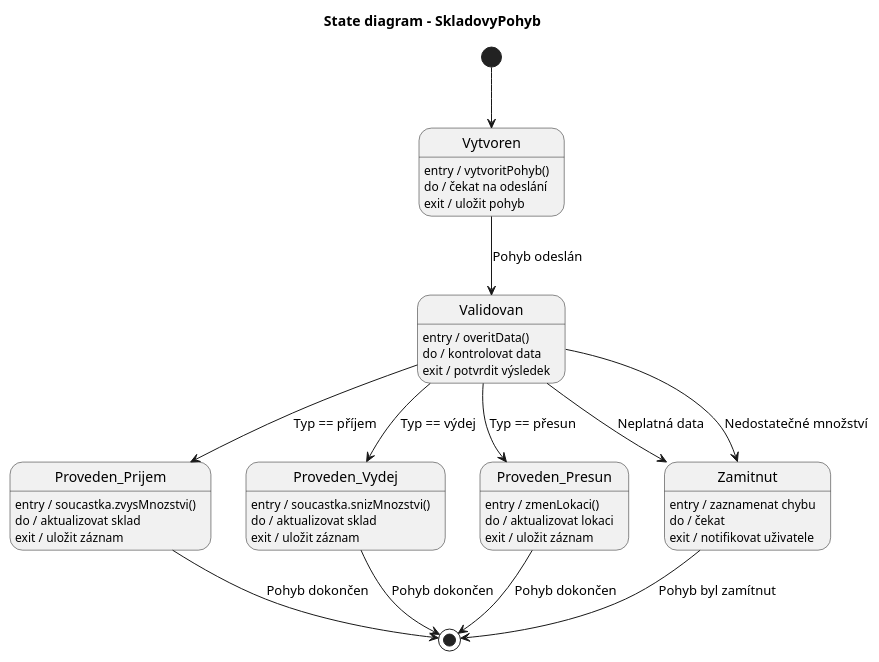
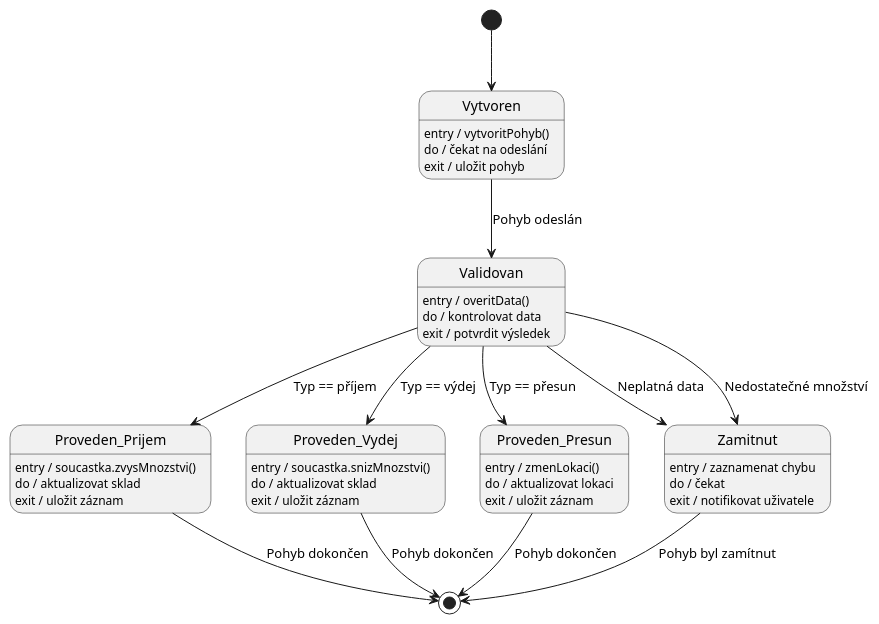
The diagram in diagrams/09_state_pohyb_skladu.puml (lkvapil/wms-elektronicke-soucastky), drawn with PlantUML before and after one commit. The commit also changed 4 other files, not shown here.

Commit message:
Stavové diagramy – odstraněny nadpisy z obrázků

```diff
--- a/diagrams/09_state_pohyb_skladu.puml
+++ b/diagrams/09_state_pohyb_skladu.puml
@@ -1,42 +1,41 @@
 @startuml
 top to bottom direction
-title State diagram - SkladovyPohyb
 
 [*] --> Vytvoren
 
 Vytvoren : entry / vytvoritPohyb()
 Vytvoren : do / čekat na odeslání
 Vytvoren : exit / uložit pohyb
 Vytvoren --> Validovan : Pohyb odeslán
 
 Validovan : entry / overitData()
 Validovan : do / kontrolovat data
 Validovan : exit / potvrdit výsledek
 Validovan --> Proveden_Prijem : Typ == příjem
 Validovan --> Proveden_Vydej : Typ == výdej
 Validovan --> Proveden_Presun : Typ == přesun
 Validovan --> Zamitnut : Neplatná data
 Validovan --> Zamitnut : Nedostatečné množství
 
 Zamitnut : entry / zaznamenat chybu
 Zamitnut : do / čekat
 Zamitnut : exit / notifikovat uživatele
 
 Proveden_Prijem : entry / soucastka.zvysMnozstvi()
 Proveden_Prijem : do / aktualizovat sklad
 Proveden_Prijem : exit / uložit záznam
 
 Proveden_Vydej : entry / soucastka.snizMnozstvi()
 Proveden_Vydej : do / aktualizovat sklad
 Proveden_Vydej : exit / uložit záznam
 
 Proveden_Presun : entry / zmenLokaci()
 Proveden_Presun : do / aktualizovat lokaci
 Proveden_Presun : exit / uložit záznam
 
 Proveden_Prijem --> [*] : Pohyb dokončen
 Proveden_Vydej --> [*] : Pohyb dokončen
 Proveden_Presun --> [*] : Pohyb dokončen
 Zamitnut --> [*] : Pohyb byl zamítnut
 
 @enduml
```
